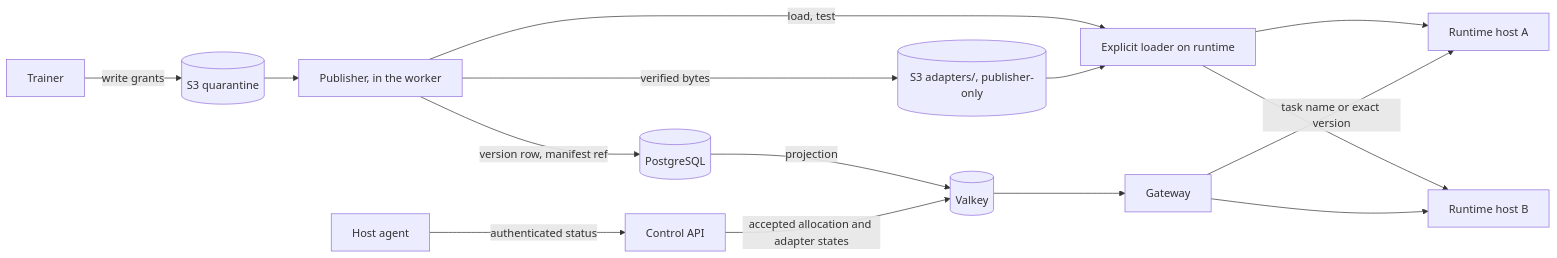
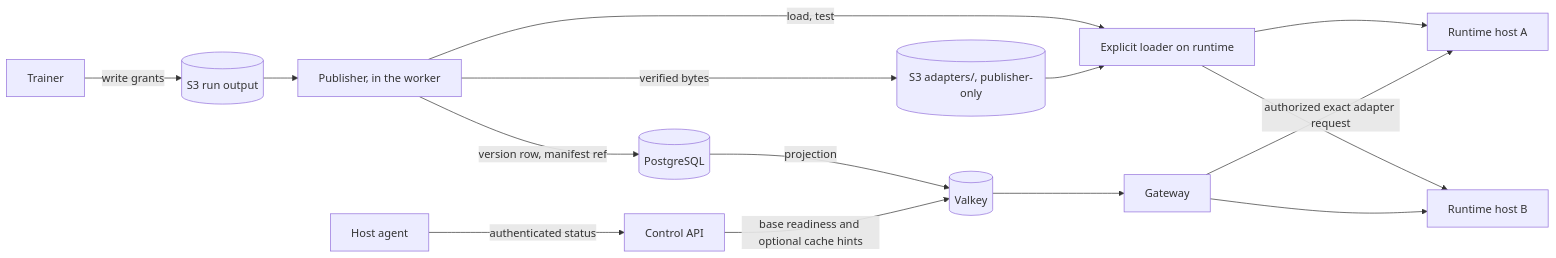
Before and after one commit to Gradiated/gradiated: the diagram in docs/TASK_FINE_TUNING_SERVING_CONTRACT.md, drawn with Mermaid. The commit also changed other lines of this file and 7 other files, not shown here.

First line of the commit message:
Simplify fine-tuning architecture and unify generation events (#44)

````diff
--- a/docs/TASK_FINE_TUNING_SERVING_CONTRACT.md
+++ b/docs/TASK_FINE_TUNING_SERVING_CONTRACT.md
@@ -7,17 +7,17 @@
 ```mermaid
 flowchart LR
-  T[Trainer] -->|write grants| Q[(S3 quarantine)]
+  T[Trainer] -->|write grants| Q[(S3 run output)]
   Q --> P[Publisher, in the worker]
   P -->|verified bytes| F[(S3 adapters/, publisher-only)]
   P -->|version row, manifest ref| PG[(PostgreSQL)]
   PG -->|projection| VK[(Valkey)]
   VK --> GW[Gateway]
   P -->|load, test| L[Explicit loader on runtime]
   F --> L
   L --> RA[Runtime host A]
   L --> RB[Runtime host B]
-  GW -->|task name or exact version| RA
+  GW -->|authorized exact adapter request| RA
   GW --> RB
   HA[Host agent] -->|authenticated status| API[Control API]
-  API -->|accepted allocation and adapter states| VK
+  API -->|base readiness and optional cache hints| VK
 ```
````
